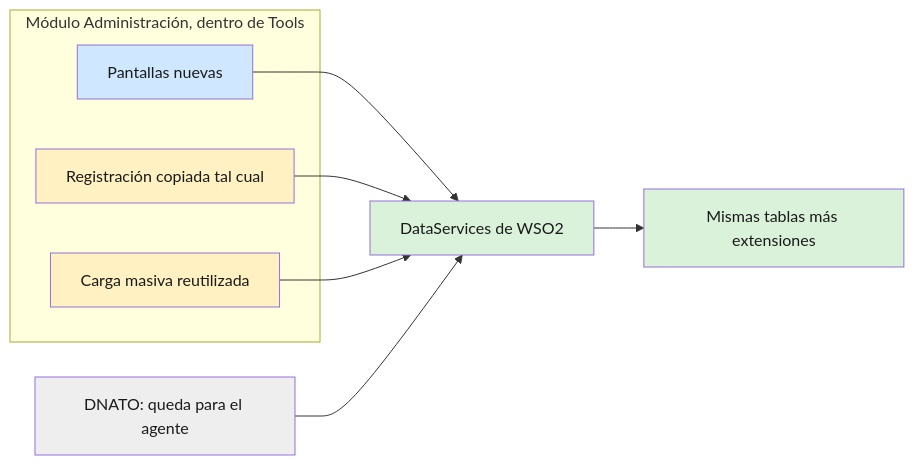
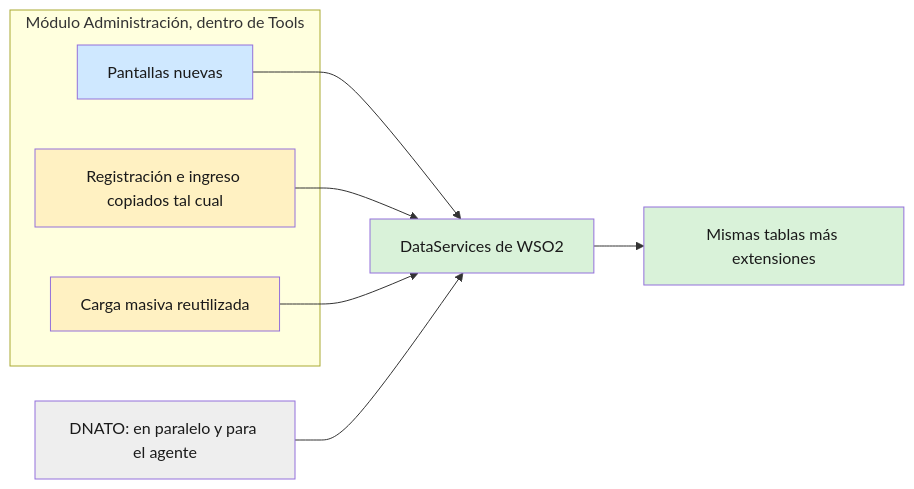
Before and after one commit to Trazalog/traz-tools: the diagram in requerimientos/REQ-001-administracion-analisis.md, drawn with Mermaid. The commit also changed other lines of this file and 1 other file, not shown here.

First line of the commit message:
docs(administracion): decisiones de Rodolfo en REQ-001, listo para Pablo [REQ-001]

````diff
--- a/requerimientos/REQ-001-administracion-analisis.md
+++ b/requerimientos/REQ-001-administracion-analisis.md
@@ -38,20 +39,20 @@
 ```mermaid
 flowchart LR
   subgraph NUEVO["Módulo Administración, dentro de Tools"]
     P[Pantallas nuevas]:::nuevo
-    R[Registración copiada tal cual]:::copia
+    R[Registración e ingreso copiados tal cual]:::copia
     C[Carga masiva reutilizada]:::copia
   end
   DS[DataServices de WSO2]:::reusa
   T[Mismas tablas más extensiones]:::reusa
-  D[DNATO: queda para el agente]:::viejo
+  D[DNATO: en paralelo y para el agente]:::viejo
   P --> DS
   R --> DS
   C --> DS
   DS --> T
   D --> DS
   classDef nuevo fill:#cfe8ff,color:#1a1a1a
   classDef copia fill:#fff1c2,color:#1a1a1a
   classDef reusa fill:#d9f2d9,color:#1a1a1a
   classDef viejo fill:#eeeeee,color:#1a1a1a
 ```
````
